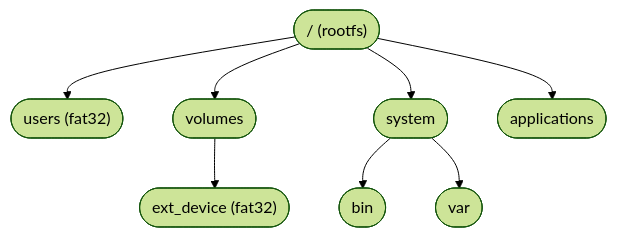
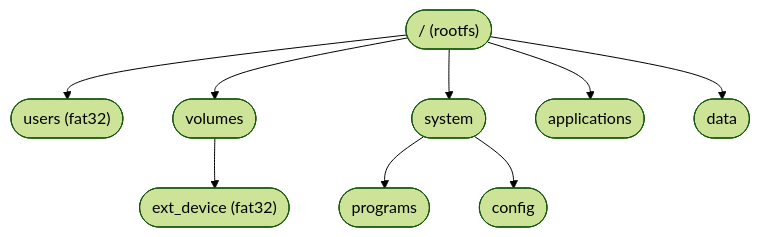
One commit to Ellicode/protOS-kernel changed the diagram in VFS.md. Above: the diagram before and after it, drawn with Mermaid (forest theme). The commit also changed 32 other files, not shown here.

````diff
--- a/VFS.md
+++ b/VFS.md
@@ -3,10 +3,11 @@
 ```mermaid
 flowchart
     root(["/ (rootfs)"]) --> home(["users (fat32)"])
     root --> volumes(["volumes"])
     root --> system(["system"])
     root --> applications(["applications"])
-    system --> bin(["bin"])
-    system --> var(["var"])
+    system --> prog(["programs"])
+    system --> config(["config"])
     volumes --> ext1(["ext_device (fat32)"])
+    root --> data(["data"])
 ```
````
